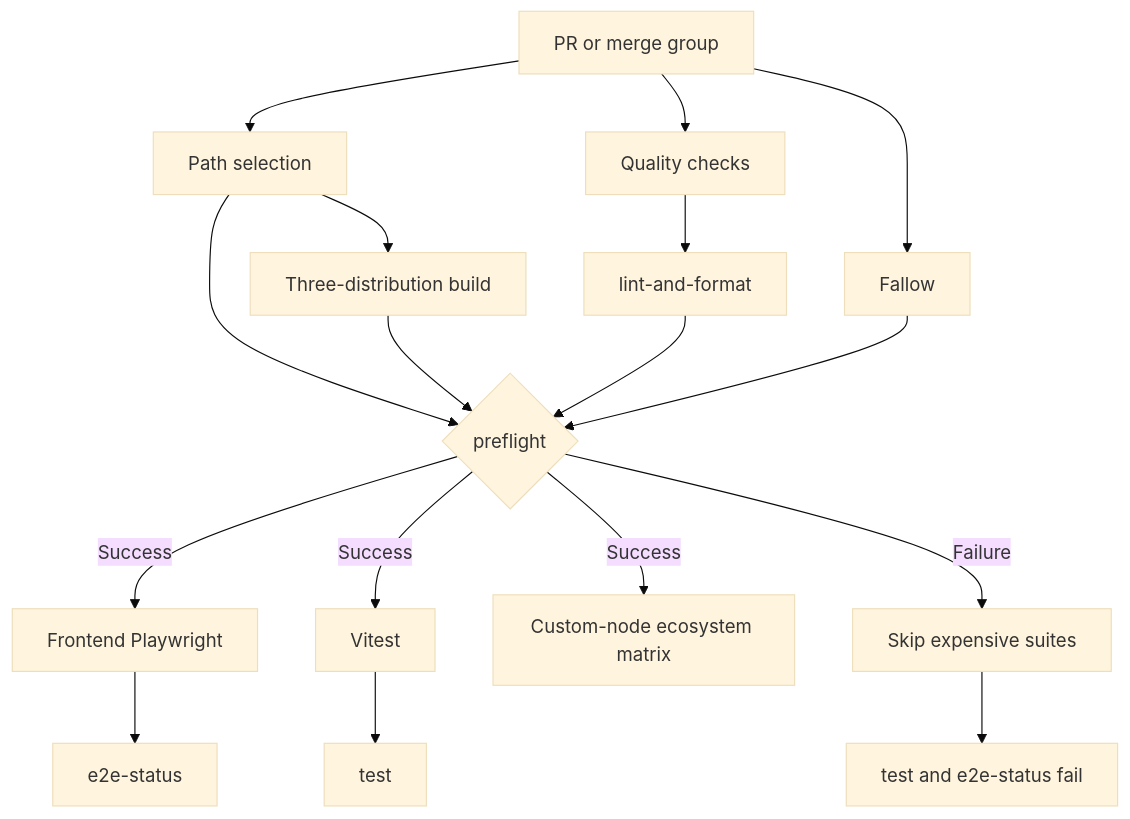
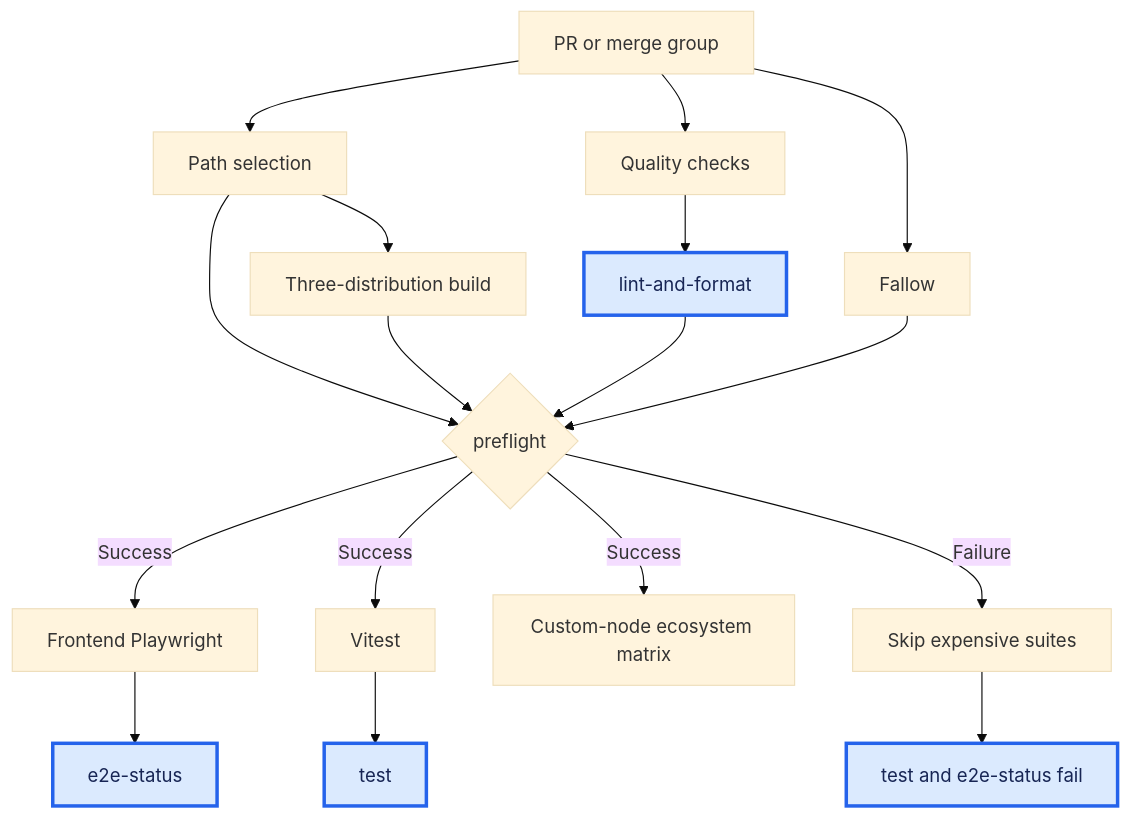
Before and after one commit to Comfy-Org/ComfyUI_frontend: the second of 2 diagrams in docs/adr/CI-PREREQUISITES-0038-gate-expensive-candidate-tests.md, drawn with Mermaid (base theme). The commit also changed other lines of this file, not shown here.

First line of the commit message:
docs: highlight required CI checks in dependency graphs

````diff
--- a/docs/adr/CI-PREREQUISITES-0038-gate-expensive-candidate-tests.md
+++ b/docs/adr/CI-PREREQUISITES-0038-gate-expensive-candidate-tests.md
@@ -100,19 +106,21 @@
 ```mermaid
 flowchart TD
     Event[PR or merge group] --> Quality[Quality checks]
     Event --> Fallow[Fallow]
     Event --> Changes[Path selection]
     Changes --> Build[Three-distribution build]
     Quality --> LintStatus[lint-and-format]
     Changes --> Gate{preflight}
     Build --> Gate
     LintStatus --> Gate
     Fallow --> Gate
     Gate -->|Success| Playwright[Frontend Playwright]
     Gate -->|Success| Unit[Vitest]
     Gate -->|Success| Ecosystem[Custom-node ecosystem matrix]
     Gate -->|Failure| Blocked[Skip expensive suites]
     Blocked --> Failed[test and e2e-status fail]
     Unit --> UnitStatus[test]
     Playwright --> E2EStatus[e2e-status]
+    classDef required fill:#dbeafe,stroke:#2563eb,color:#172554,stroke-width:3px
+    class LintStatus,UnitStatus,E2EStatus,Failed required
 ```
````
